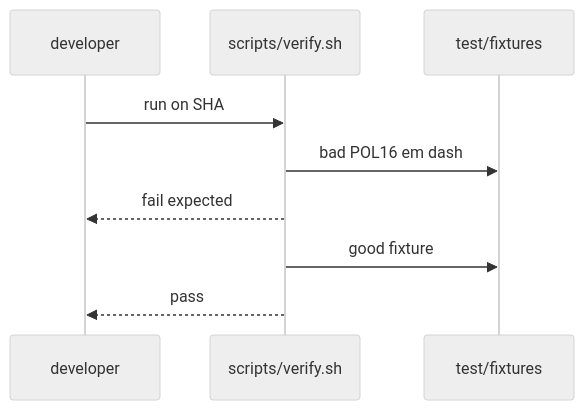
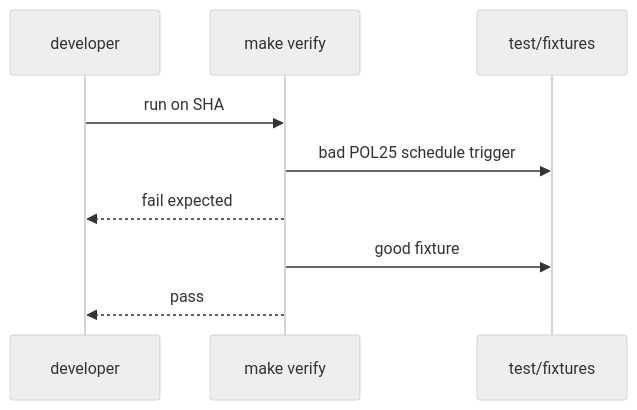
One commit to svennijhuis/agentic-workflows changed the second of 2 diagrams in docs/pbi/done/X03-gate-fixtures.md. Above: the diagram before and after it, drawn with Mermaid (neutral theme). The commit also changed other lines of this file and 986 other files, not shown here.

````diff
--- a/docs/pbi/done/X03-gate-fixtures.md
+++ b/docs/pbi/done/X03-gate-fixtures.md
@@ -50,11 +48,11 @@
 ```mermaid
 sequenceDiagram
   participant Dev as developer
-  participant G as scripts/verify.sh
+  participant G as make verify
   participant F as test/fixtures
   Dev->>G: run on SHA
-  G->>F: bad POL16 em dash
+  G->>F: bad POL25 schedule trigger
   G-->>Dev: fail expected
   G->>F: good fixture
   G-->>Dev: pass
 ```
````
